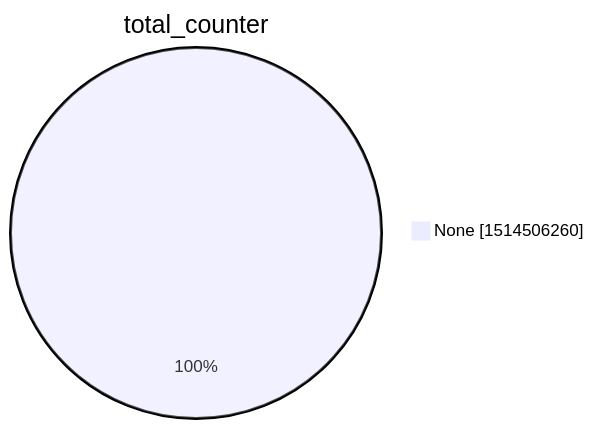
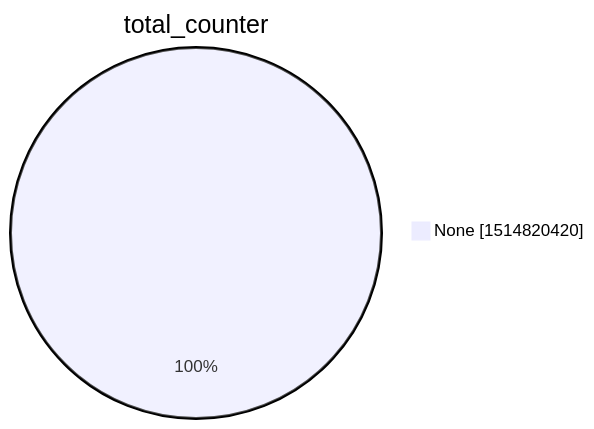
One commit to christiankrug/ctmonitor_visualization changed the second of 15 diagrams in argon2022/README.md. Above: the diagram before and after it, drawn with Mermaid. The commit also changed other lines of this file, not shown here.

````diff
--- a/argon2022/README.md
+++ b/argon2022/README.md
@@ -9,5 +9,5 @@
 ```mermaid
 pie showData
 title total_counter
-"None" :1514506260
+"None" :1514820420
 ```
````
